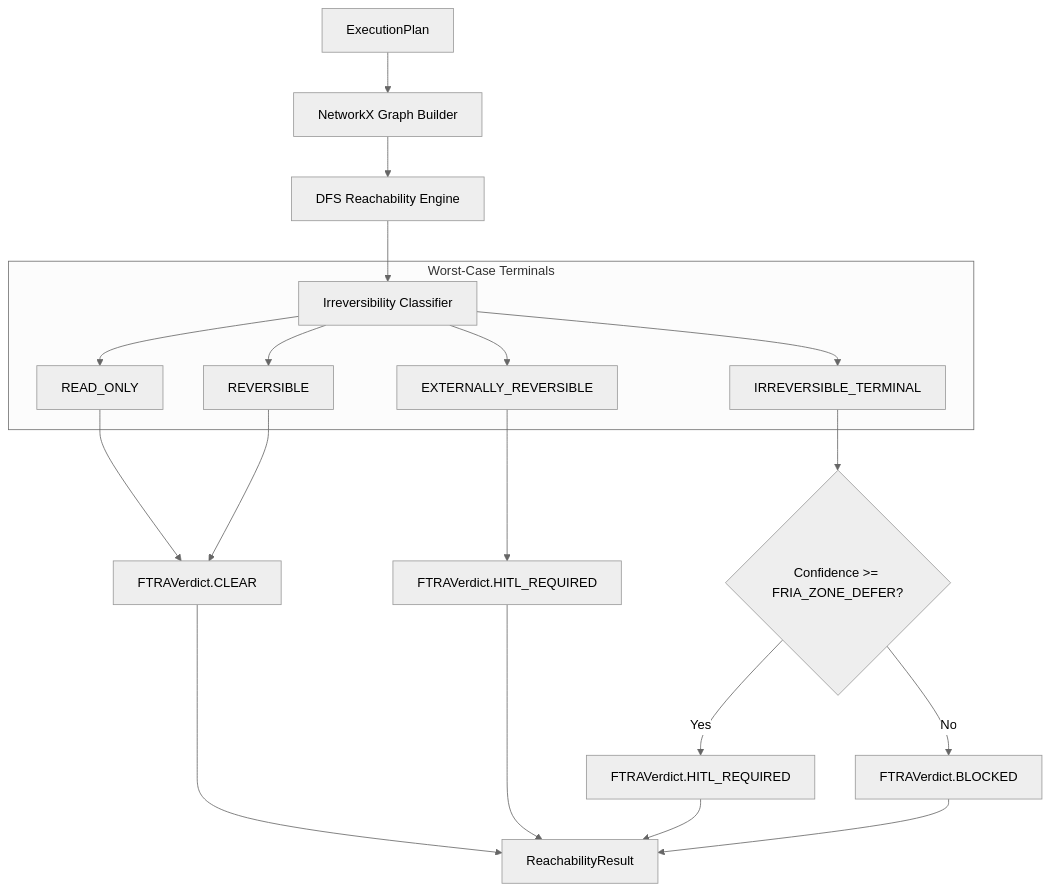
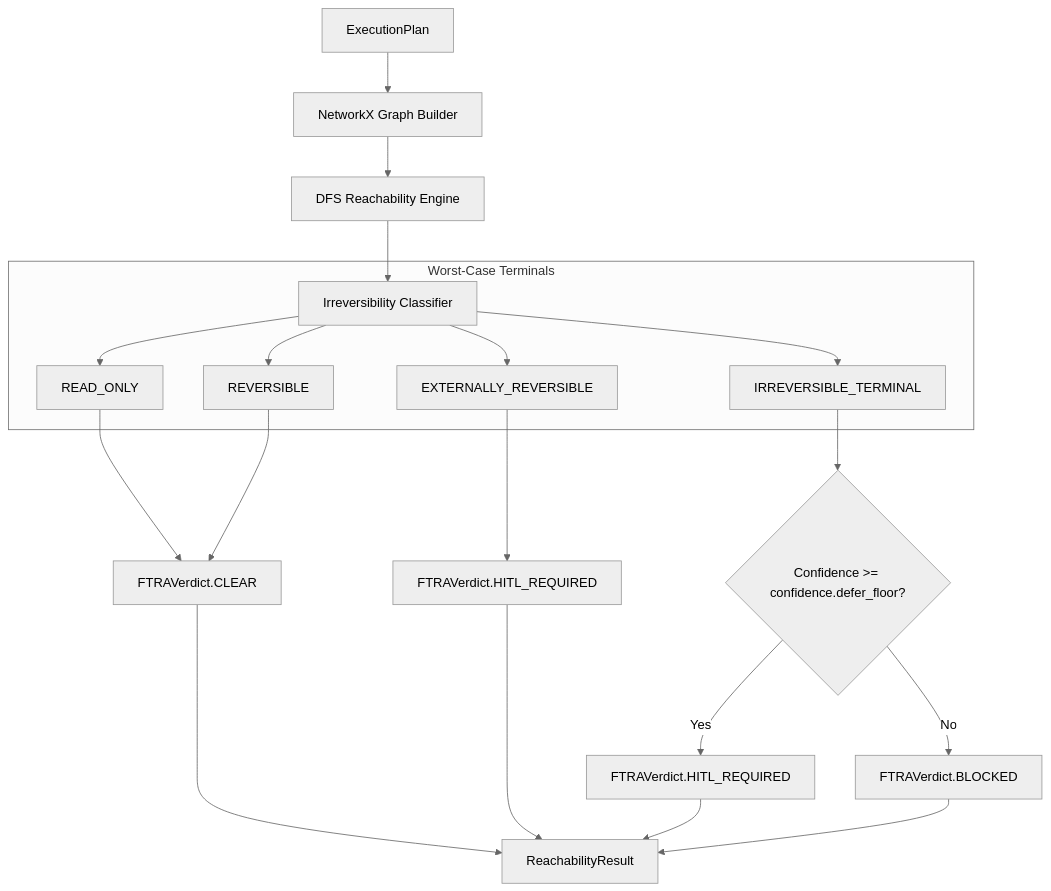
One commit to google/cybernetic-agent-governance-engine changed the diagram in docs/architecture/FTRA_REACHABILITY_ANALYZER.md. Above: the diagram before and after it, drawn with Mermaid (neutral theme). The commit also changed other lines of this file and 101 other files, not shown here.

````diff
--- a/docs/architecture/FTRA_REACHABILITY_ANALYZER.md
+++ b/docs/architecture/FTRA_REACHABILITY_ANALYZER.md
@@ -22,27 +22,27 @@
 ```mermaid
 flowchart TD
     Plan[ExecutionPlan] --> Builder[NetworkX Graph Builder]
     Builder --> DFS[DFS Reachability Engine]
     
     DFS --> Classifier[Irreversibility Classifier]
     
     subgraph Worst-Case Terminals
         Classifier --> RO[READ_ONLY]
         Classifier --> RV[REVERSIBLE]
         Classifier --> ER[EXTERNALLY_REVERSIBLE]
         Classifier --> IT[IRREVERSIBLE_TERMINAL]
     end
     
     RO --> Clear[FTRAVerdict.CLEAR]
     RV --> Clear
     ER --> HITL2[FTRAVerdict.HITL_REQUIRED]
-    IT --> ConfidenceCheck{Confidence >= FRIA_ZONE_DEFER?}
+    IT --> ConfidenceCheck{Confidence >= confidence.defer_floor?}
     
     ConfidenceCheck -->|Yes| HITL[FTRAVerdict.HITL_REQUIRED]
     ConfidenceCheck -->|No| Blocked[FTRAVerdict.BLOCKED]
     
     Clear --> Result[ReachabilityResult]
     HITL --> Result
     HITL2 --> Result
     Blocked --> Result
 ```
````
